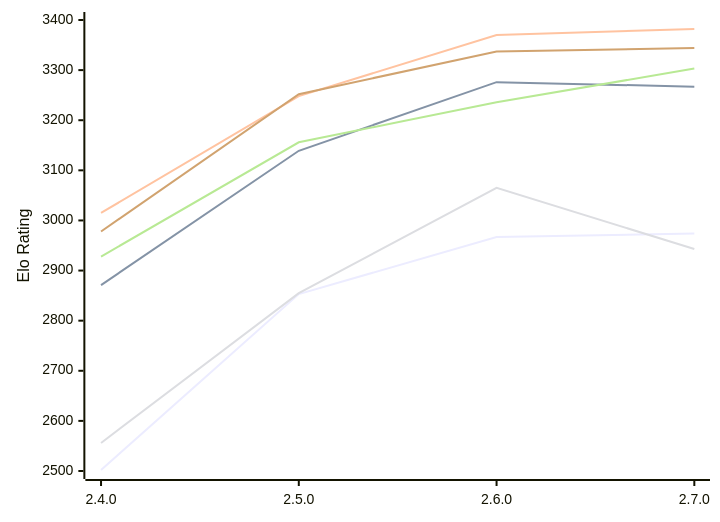
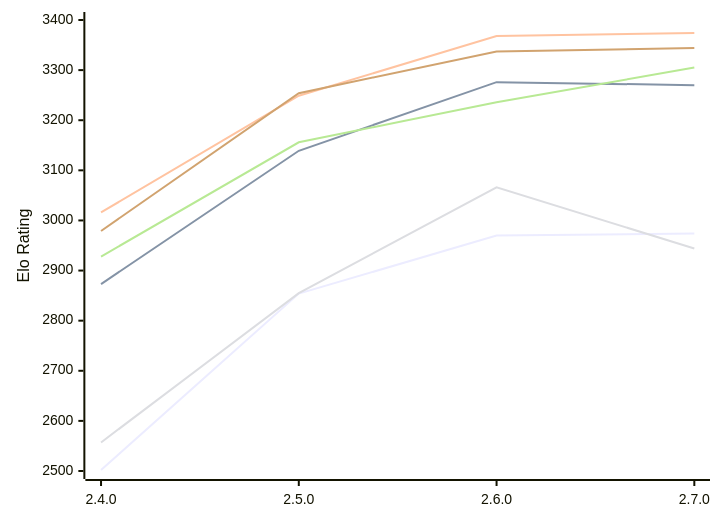
Before and after one commit to computer-chess-index/cci: the diagram in engines/Rarog.md, drawn with Mermaid. The commit also changed other lines of this file, not shown here.

Commit message:
Update CCI Ratings (ELO VLTC) - 2026-11-27

````diff
--- a/engines/Rarog.md
+++ b/engines/Rarog.md
@@ -53,12 +53,12 @@
 ```mermaid
 %%{init: {"theme":"base","themeVariables":{"seriesColors:['#a3a3a3','#222221','#faa371']}}}%%
 xychart-beta
   x-axis ["2.4.0", "2.5.0", "2.6.0", "2.7.0"]
   y-axis "Elo Rating" 2500 --> 3400
-  line "E1: STC (8.0+0.08s)" [2502, 2853, 2967, 2974]
-  line "E1: LTC (60.0+0.60s)" [2871, 3139, 3276, 3267]
-  line "E1: VLTC (2m24s+1.12s)" [3015, 3248, 3370, 3382]
-  line "P1: STC (8.0+0.08s)" [2556, 2855, 3065, 2943]
-  line "P1: LTC (60.0+0.60s)" [2928, 3156, 3236, 3303]
-  line "P1: VLTC (2m24s+1.12s)" [2978, 3252, 3337, 3344]
+  line "E1: STC (8.0+0.08s)" [2502, 2854, 2970, 2974]
+  line "E1: LTC (60.0+0.60s)" [2873, 3139, 3276, 3270]
+  line "E1: VLTC (2m24s+1.12s)" [3016, 3249, 3368, 3374]
+  line "P1: STC (8.0+0.08s)" [2557, 2855, 3066, 2944]
+  line "P1: LTC (60.0+0.60s)" [2928, 3156, 3236, 3305]
+  line "P1: VLTC (2m24s+1.12s)" [2979, 3254, 3337, 3344]
 ```
````
